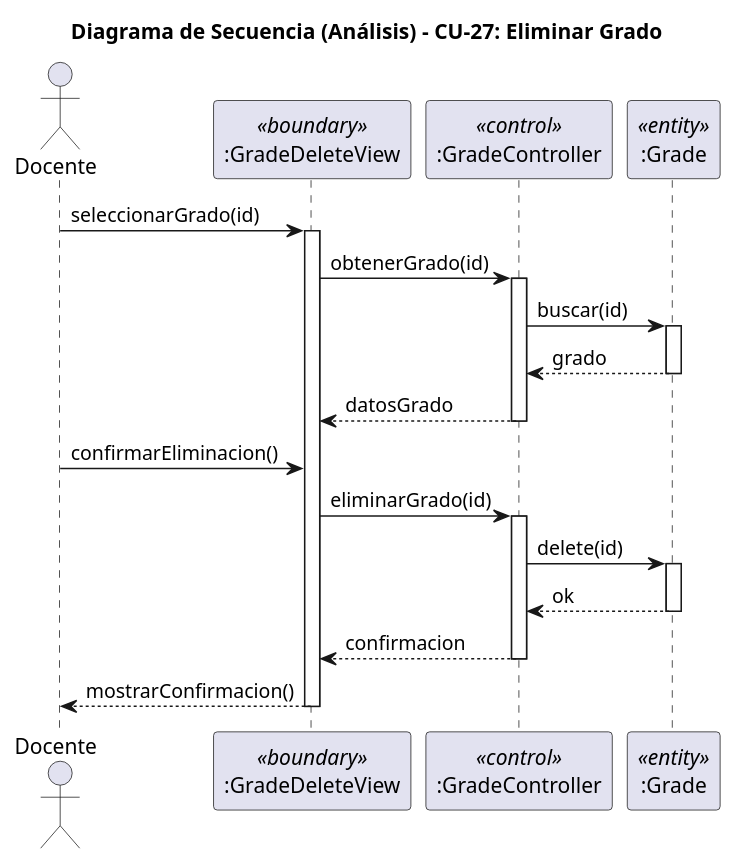
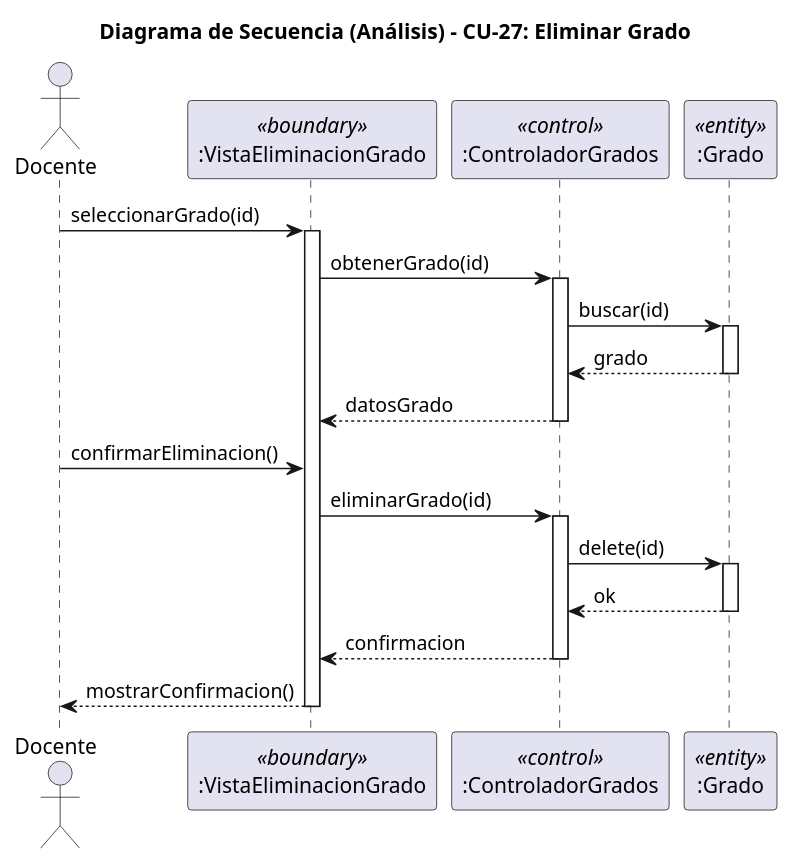
Before and after one commit to liamanderson873/25-26-idsw2-sdVC: the diagram in RUP/01-analisis/casos-uso/CU-27-eliminarGrado/analisis-secuencia-CU-27-eliminarGrado.puml, drawn with PlantUML. The commit also changed 85 other files, not shown here.

```diff
--- a/RUP/01-analisis/casos-uso/CU-27-eliminarGrado/analisis-secuencia-CU-27-eliminarGrado.puml
+++ b/RUP/01-analisis/casos-uso/CU-27-eliminarGrado/analisis-secuencia-CU-27-eliminarGrado.puml
@@ -1,39 +1,39 @@
 @startuml cu27-eliminarGrado-analisis-secuencia
 title Diagrama de Secuencia (Análisis) - CU-27: Eliminar Grado
 
 actor "Docente" as Actor
-participant ":GradeDeleteView" as Boundary <<boundary>>
-participant ":GradeController" as Control <<control>>
-participant ":Grade" as Entity <<entity>>
+participant ":VistaEliminacionGrado" as Boundary <<boundary>>
+participant ":ControladorGrados" as Control <<control>>
+participant ":Grado" as Entity <<entity>>
 
 Actor -> Boundary : seleccionarGrado(id)
 activate Boundary
 
 Boundary -> Control : obtenerGrado(id)
 activate Control
 
 Control -> Entity : buscar(id)
 activate Entity
 Entity --> Control : grado
 deactivate Entity
 
 Control --> Boundary : datosGrado
 deactivate Control
 
 Actor -> Boundary : confirmarEliminacion()
 
 Boundary -> Control : eliminarGrado(id)
 activate Control
 
 Control -> Entity : delete(id)
 activate Entity
 Entity --> Control : ok
 deactivate Entity
 
 Control --> Boundary : confirmacion
 deactivate Control
 
 Boundary --> Actor : mostrarConfirmacion()
 deactivate Boundary
 
 @enduml
```
